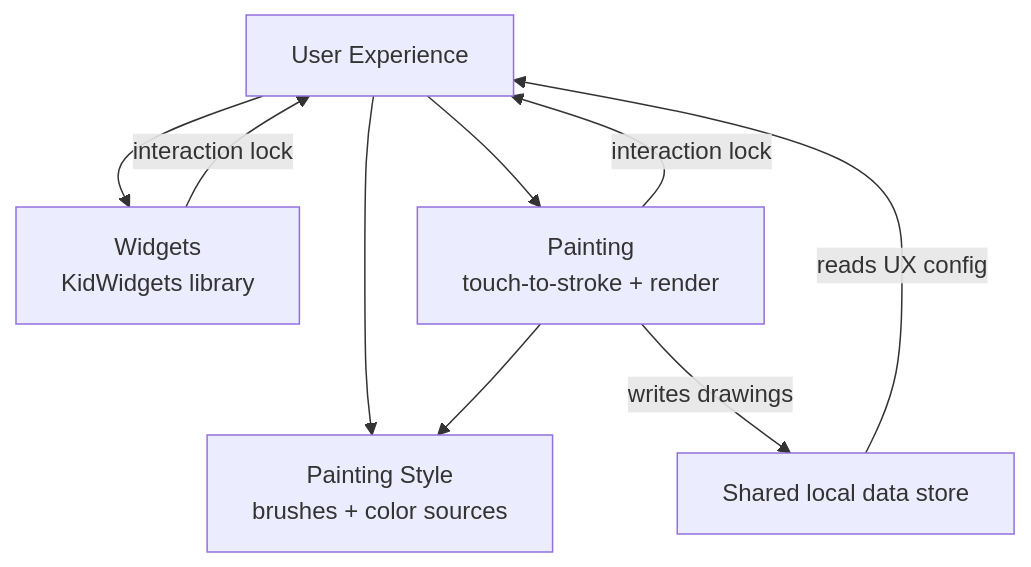
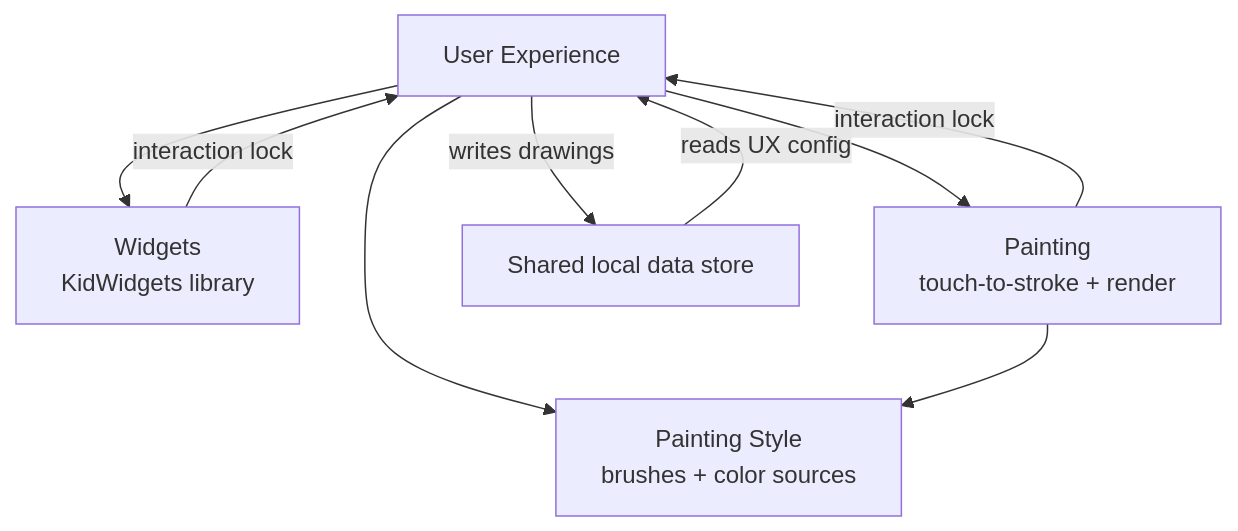
The diagram in docs/intent/kid-canvas/kid-canvas-design.md (clahey/kinderdraw), drawn with Mermaid before and after one commit. The commit also changed other lines of this file and 22 other files, not shown here.

````diff
--- a/docs/intent/kid-canvas/kid-canvas-design.md
+++ b/docs/intent/kid-canvas/kid-canvas-design.md
@@ -27,17 +27,17 @@
 ```mermaid
 graph TD
     UX[User Experience]
     Widgets[Widgets<br/>KidWidgets library]
     Painting[Painting<br/>touch-to-stroke + render]
     Style[Painting Style<br/>brushes + color sources]
     Store[Shared local data store]
 
     UX --> Widgets
     UX --> Painting
     UX --> Style
     Painting --> Style
     Widgets -- interaction lock --> UX
     Painting -- interaction lock --> UX
     Store -- reads UX config --> UX
-    Painting -- writes drawings --> Store
+    UX -- writes drawings --> Store
 ```
````
